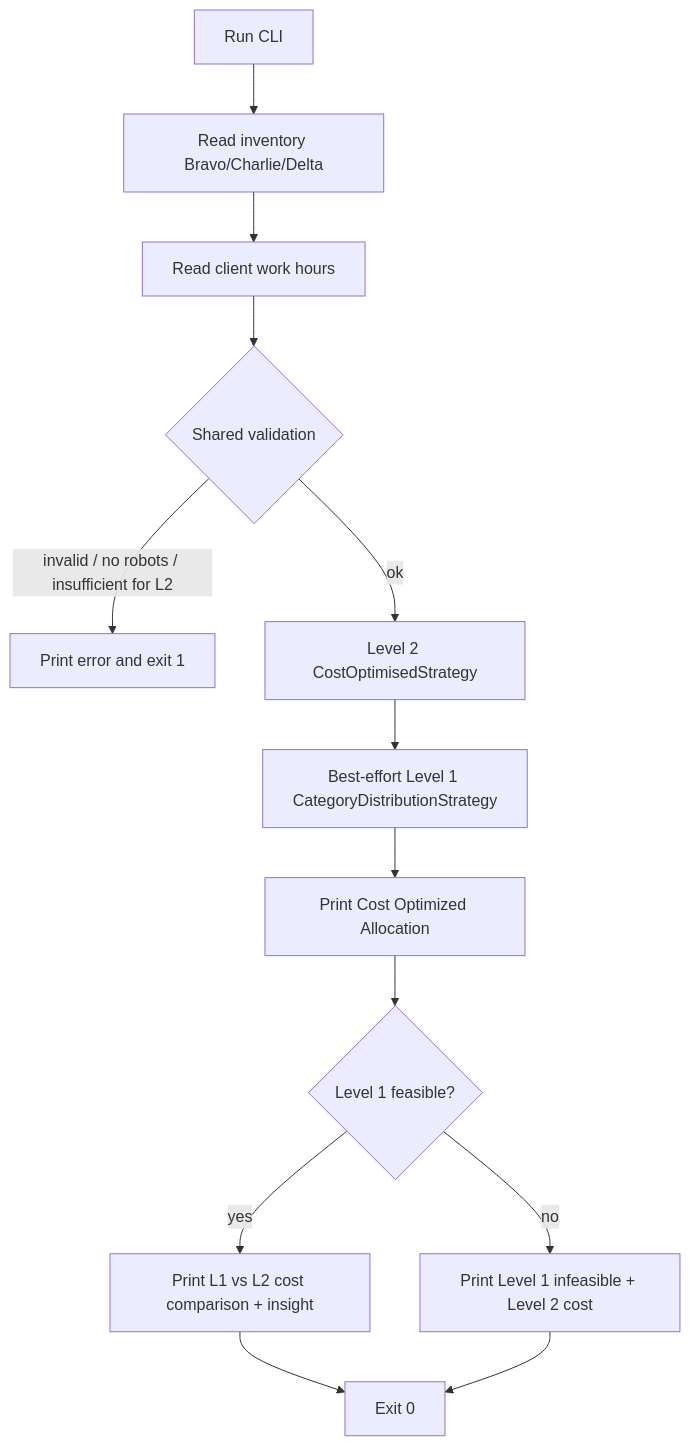
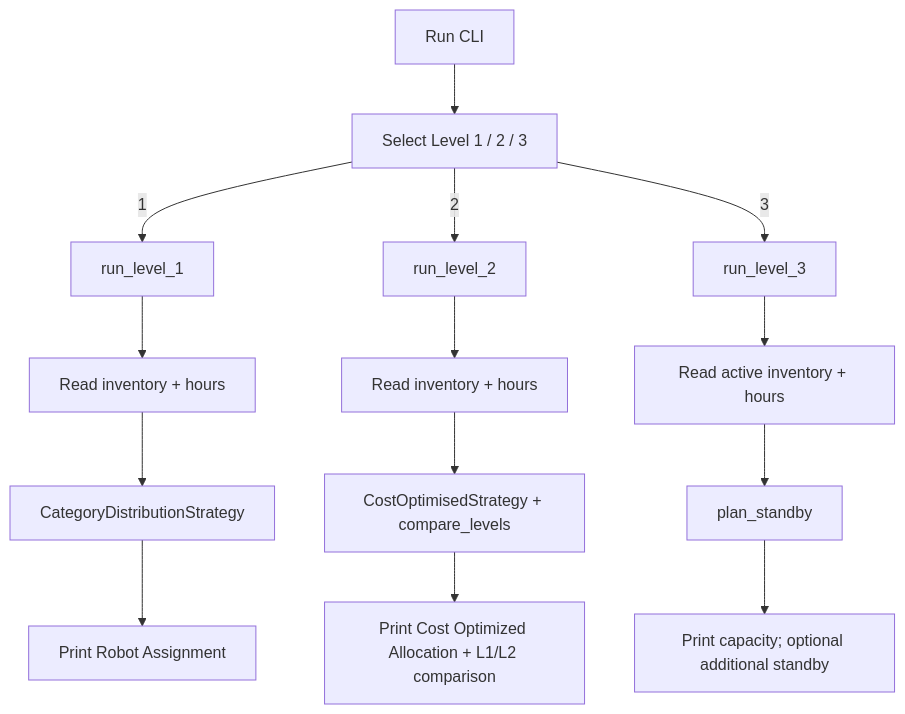
The diagram in app-workflow.md (harvoline/RoWAS), drawn with Mermaid before and after one commit. The commit also changed other lines of this file and 4 other files, not shown here.

First line of the commit message:
Document Level 3 standby activation and top-level menu.

````diff
--- a/app-workflow.md
+++ b/app-workflow.md
@@ -9,15 +10,16 @@
 ```mermaid
 flowchart TD
-    A[Run CLI] --> B[Read inventory Bravo/Charlie/Delta]
-    B --> C[Read client work hours]
-    C --> D{Shared validation}
-    D -->|invalid / no robots / insufficient for L2| E[Print error and exit 1]
-    D -->|ok| F[Level 2 CostOptimisedStrategy]
-    F --> G[Best-effort Level 1 CategoryDistributionStrategy]
-    G --> H[Print Cost Optimized Allocation]
-    H --> I{Level 1 feasible?}
-    I -->|yes| J[Print L1 vs L2 cost comparison + insight]
-    I -->|no| K[Print Level 1 infeasible + Level 2 cost]
-    J --> L[Exit 0]
-    K --> L
+    A[Run CLI] --> M[Select Level 1 / 2 / 3]
+    M -->|1| L1[run_level_1]
+    M -->|2| L2[run_level_2]
+    M -->|3| L3[run_level_3]
+    L1 --> I1[Read inventory + hours]
+    I1 --> A1[CategoryDistributionStrategy]
+    A1 --> O1[Print Robot Assignment]
+    L2 --> I2[Read inventory + hours]
+    I2 --> A2[CostOptimisedStrategy + compare_levels]
+    A2 --> O2[Print Cost Optimized Allocation + L1/L2 comparison]
+    L3 --> I3[Read active inventory + hours]
+    I3 --> A3[plan_standby]
+    A3 --> O3[Print capacity; optional additional standby]
 ```
````
